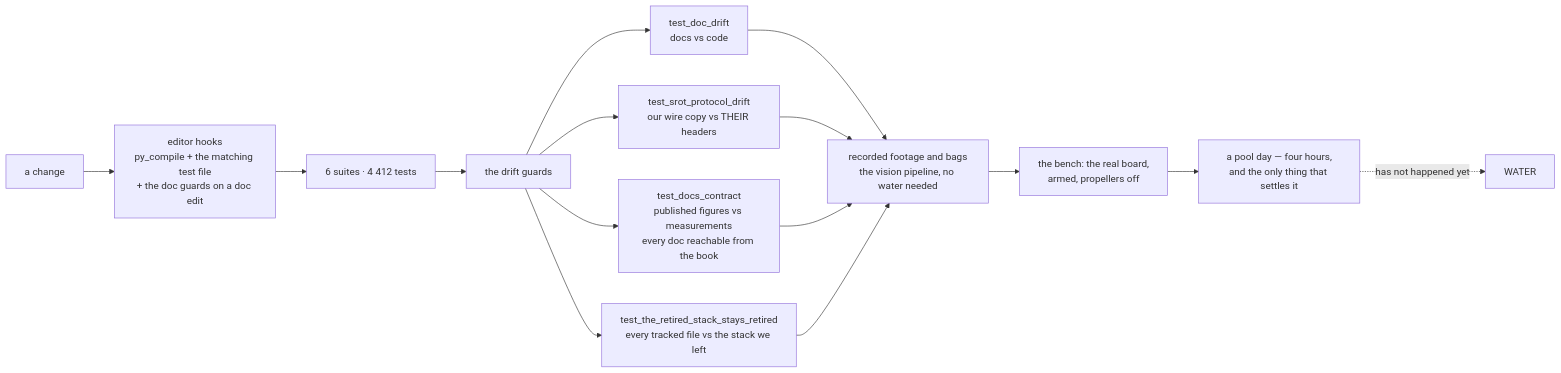
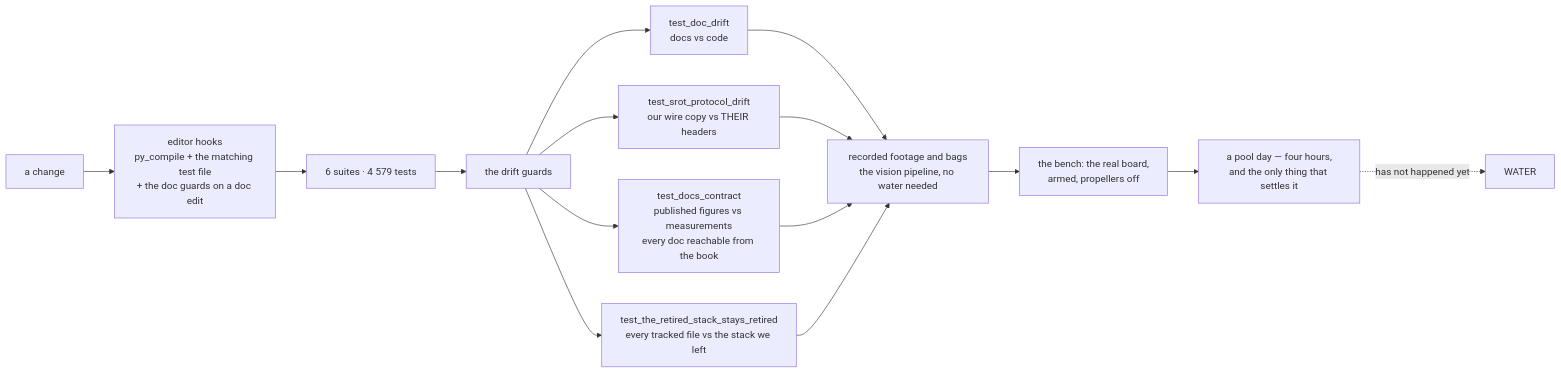
The ninth of 10 diagrams in README.md (fh1m/mongla_ws), drawn with Mermaid before and after one commit. The commit also changed other lines of this file and 2 other files, not shown here.

````diff
--- a/README.md
+++ b/README.md
@@ -816,17 +816,17 @@
 ```mermaid
 flowchart LR
     DEV["a change"] --> HOOK["editor hooks<br/>py_compile + the matching test file<br/>+ the doc guards on a doc edit"]
-    HOOK --> UNIT["6 suites · 4 412 tests"]
+    HOOK --> UNIT["6 suites · 4 579 tests"]
     UNIT --> GUARD["the drift guards"]
     GUARD --> G1["test_doc_drift<br/>docs vs code"]
     GUARD --> G2["test_srot_protocol_drift<br/>our wire copy vs THEIR headers"]
     GUARD --> G3["test_docs_contract<br/>published figures vs measurements<br/>every doc reachable from the book"]
     GUARD --> G4["test_the_retired_stack_stays_retired<br/>every tracked file vs the stack we left"]
     G1 --> REPLAY["recorded footage and bags<br/>the vision pipeline, no water needed"]
     G2 --> REPLAY
     G3 --> REPLAY
     G4 --> REPLAY
     REPLAY --> BENCH["the bench: the real board,<br/>armed, propellers off"]
     BENCH --> POOL["a pool day — four hours,<br/>and the only thing that settles it"]
     POOL -.->|"has not happened yet"| WATER["WATER"]
 ```
````
